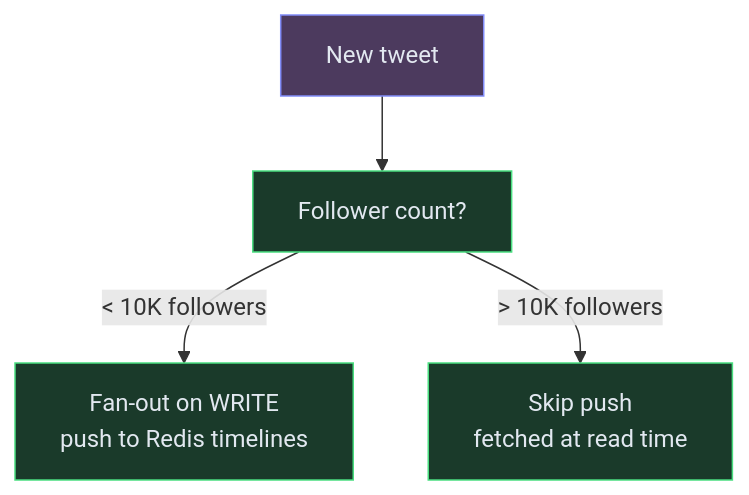
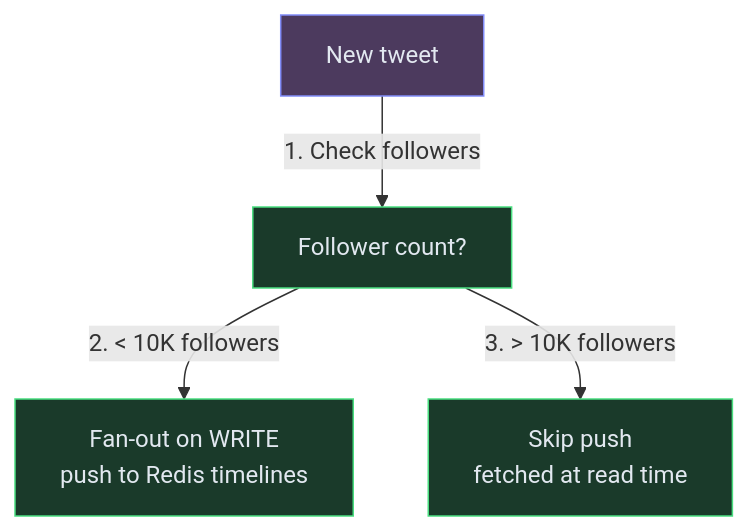
One commit to iluzn/HLD-Designs changed the eighth of 12 diagrams in content/hld/TwitterFeed.md. Above: the diagram before and after it, drawn with Mermaid. The commit also changed other lines of this file and 27 other files, not shown here.

````diff
--- a/content/hld/TwitterFeed.md
+++ b/content/hld/TwitterFeed.md
@@ -314,14 +314,14 @@
 ```mermaid
 flowchart TD
     TWEET["New tweet"]:::client
     CHECK["Follower count?"]:::service
     PUSH["Fan-out on WRITE<br/>push to Redis timelines"]:::service
     PULL["Skip push<br/>fetched at read time"]:::service
 
-    TWEET --> CHECK
-    CHECK -->|"< 10K followers"| PUSH
-    CHECK -->|"> 10K followers"| PULL
+    TWEET -->|"1. Check followers"| CHECK
+    CHECK -->|"2. < 10K followers"| PUSH
+    CHECK -->|"3. > 10K followers"| PULL
 
     classDef client fill:#4c3a5e,stroke:#818cf8,color:#e2e8f0
     classDef service fill:#1a3a2a,stroke:#4ade80,color:#e2e8f0
 ```
````
